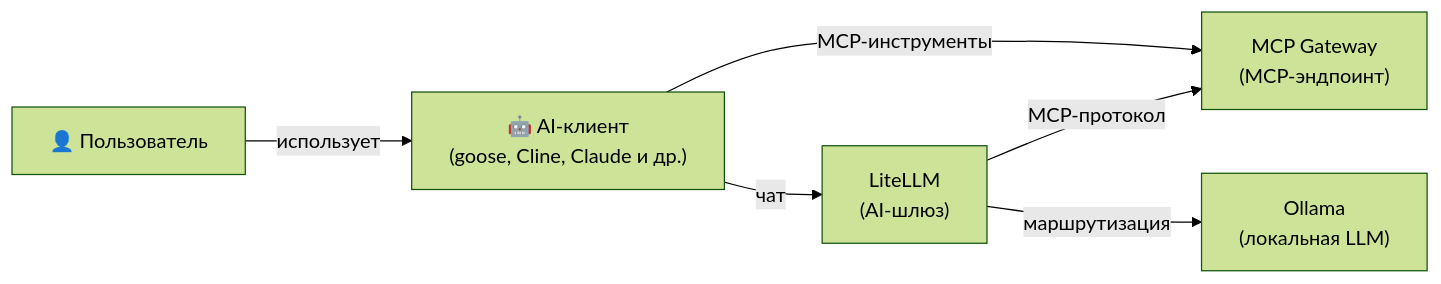
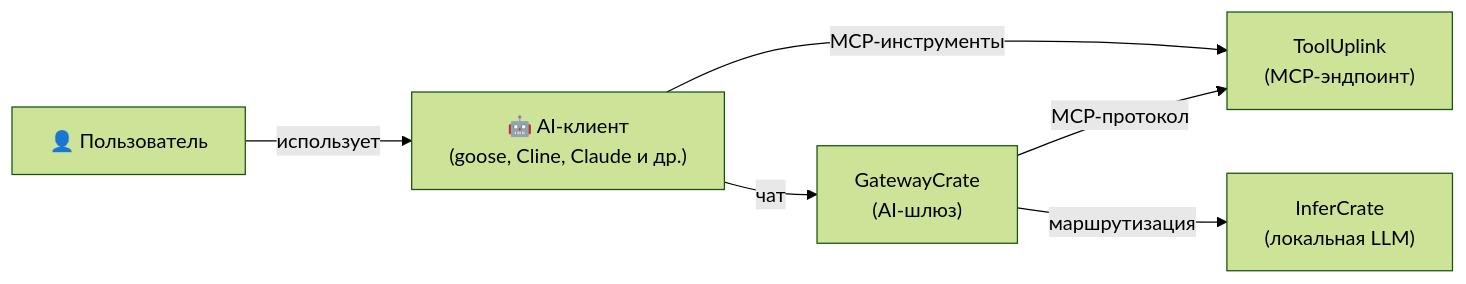
Before and after one commit to hwdsl2/self-hosted-ai-stack: the diagram in stacks/ai-tools/README-ru.md, drawn with Mermaid (forest theme). The commit also changed other lines of this file and 47 other files, not shown here.

````diff
--- a/stacks/ai-tools/README-ru.md
+++ b/stacks/ai-tools/README-ru.md
@@ -17,8 +17,8 @@
 ```mermaid
 graph LR
     U["👤 Пользователь"] -->|использует| C["🤖 AI-клиент<br/>(goose, Cline, Claude и др.)"]
-    C -->|MCP-инструменты| M["MCP Gateway<br/>(MCP-эндпоинт)"]
-    C -->|чат| L["LiteLLM<br/>(AI-шлюз)"]
-    L -->|маршрутизация| O["Ollama<br/>(локальная LLM)"]
+    C -->|MCP-инструменты| M["ToolUplink<br/>(MCP-эндпоинт)"]
+    C -->|чат| L["GatewayCrate<br/>(AI-шлюз)"]
+    L -->|маршрутизация| O["InferCrate<br/>(локальная LLM)"]
     L -->|MCP-протокол| M
 ```
````
